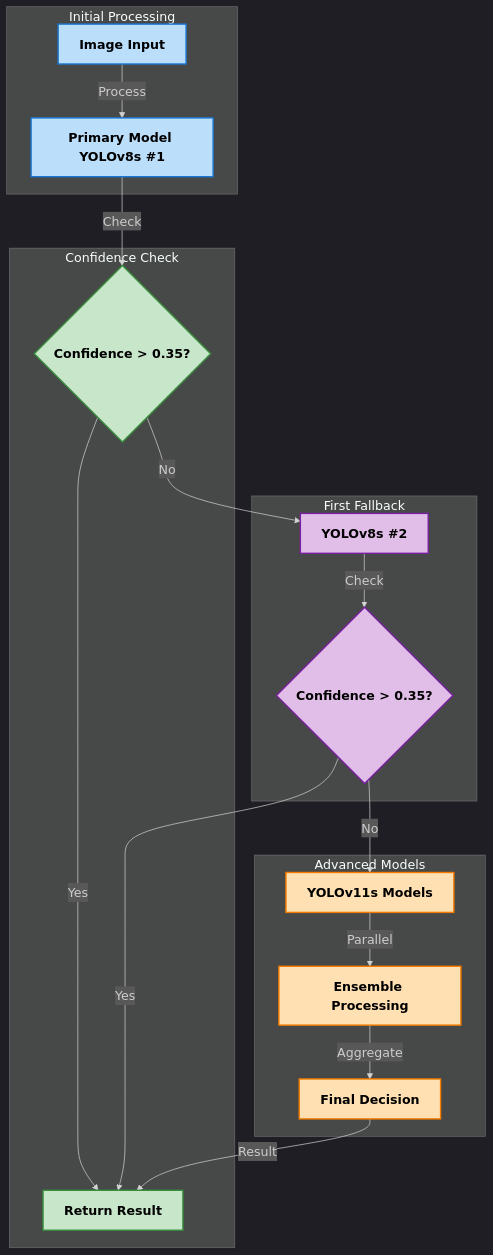
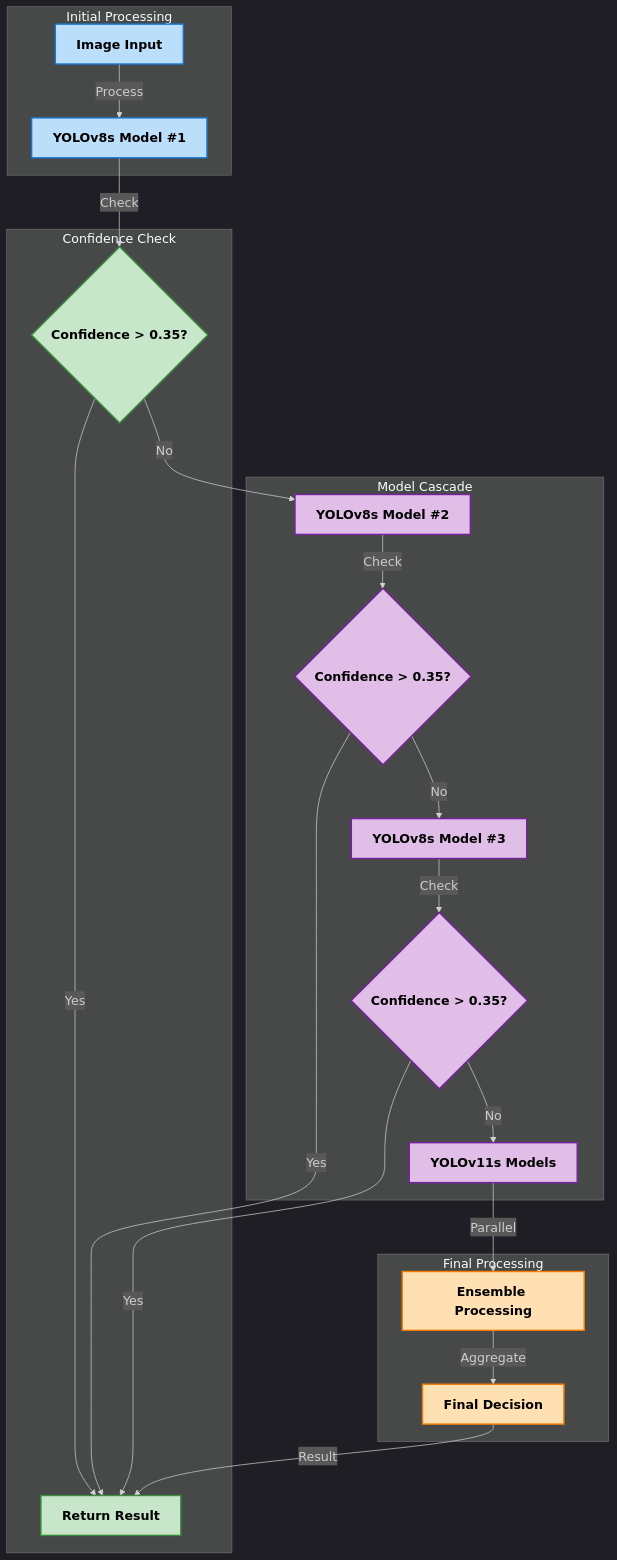
The fourth of 9 diagrams in README.md (Dhruv0306/SymphonyProject1), drawn with Mermaid before and after one commit. The commit also changed other lines of this file and 19 other files, not shown here.

Commit message:
Update: Documentations + Diagrams

````diff
--- a/README.md
+++ b/README.md
@@ -201,35 +204,40 @@
 ```mermaid
 %%{init: {'theme': 'dark', 'themeVariables': { 'fontFamily': 'arial', 'fontSize': '18px', 'fontWeight': 'bold'}}}%%
 graph TD
     subgraph "Initial Processing"
         style A fill:#bbdefb,stroke:#1976d2,stroke-width:2px,color:#000000,font-weight:bold
         style B fill:#bbdefb,stroke:#1976d2,stroke-width:2px,color:#000000,font-weight:bold
-        A[Image Input] -->|"Process"| B[Primary Model YOLOv8s #1]
+        A[Image Input] -->|"Process"| B[YOLOv8s Model #1]
     end
 
     subgraph "Confidence Check"
         style C fill:#c8e6c9,stroke:#388e3c,stroke-width:2px,color:#000000,font-weight:bold
         style D fill:#c8e6c9,stroke:#388e3c,stroke-width:2px,color:#000000,font-weight:bold
         B -->|"Check"| C{Confidence > 0.35?}
         C -->|"Yes"| D[Return Result]
     end
 
-    subgraph "First Fallback"
+    subgraph "Model Cascade"
         style E fill:#e1bee7,stroke:#7b1fa2,stroke-width:2px,color:#000000,font-weight:bold
         style F fill:#e1bee7,stroke:#7b1fa2,stroke-width:2px,color:#000000,font-weight:bold
-        C -->|"No"| E[YOLOv8s #2]
+        style G fill:#e1bee7,stroke:#7b1fa2,stroke-width:2px,color:#000000,font-weight:bold
+        style H fill:#e1bee7,stroke:#7b1fa2,stroke-width:2px,color:#000000,font-weight:bold
+        style I fill:#e1bee7,stroke:#7b1fa2,stroke-width:2px,color:#000000,font-weight:bold
+        C -->|"No"| E[YOLOv8s Model #2]
         E -->|"Check"| F{Confidence > 0.35?}
+        F -->|"No"| G[YOLOv8s Model #3]
+        G -->|"Check"| H{Confidence > 0.35?}
+        H -->|"No"| I[YOLOv11s Models]
     end
 
-    subgraph "Advanced Models"
-        style G fill:#ffe0b2,stroke:#f57c00,stroke-width:2px,color:#000000,font-weight:bold
-        style H fill:#ffe0b2,stroke:#f57c00,stroke-width:2px,color:#000000,font-weight:bold
-        style I fill:#ffe0b2,stroke:#f57c00,stroke-width:2px,color:#000000,font-weight:bold
-        F -->|"No"| G[YOLOv11s Models]
-        G -->|"Parallel"| H[Ensemble Processing]
-        H -->|"Aggregate"| I[Final Decision]
+    subgraph "Final Processing"
+        style J fill:#ffe0b2,stroke:#f57c00,stroke-width:2px,color:#000000,font-weight:bold
+        style K fill:#ffe0b2,stroke:#f57c00,stroke-width:2px,color:#000000,font-weight:bold
+        I -->|"Parallel"| J[Ensemble Processing]
+        J -->|"Aggregate"| K[Final Decision]
     end
 
     F -->|"Yes"| D
-    I -->|"Result"| D
+    H -->|"Yes"| D
+    K -->|"Result"| D
 ```
````
